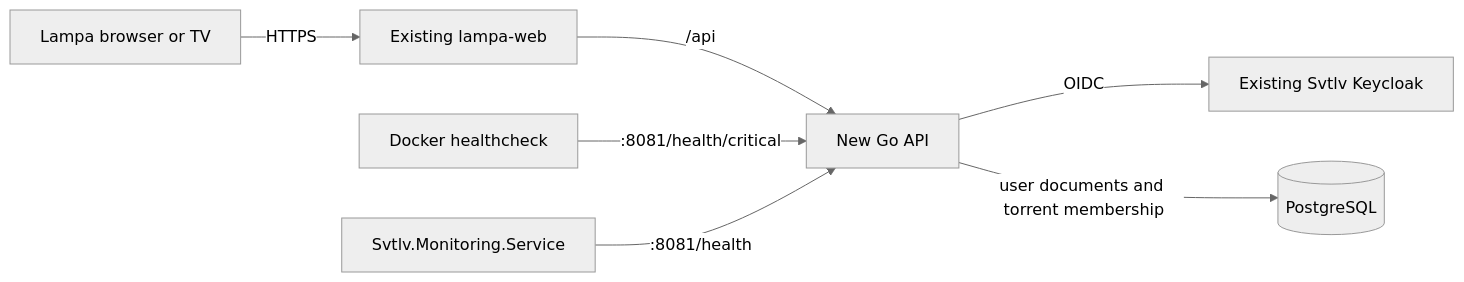
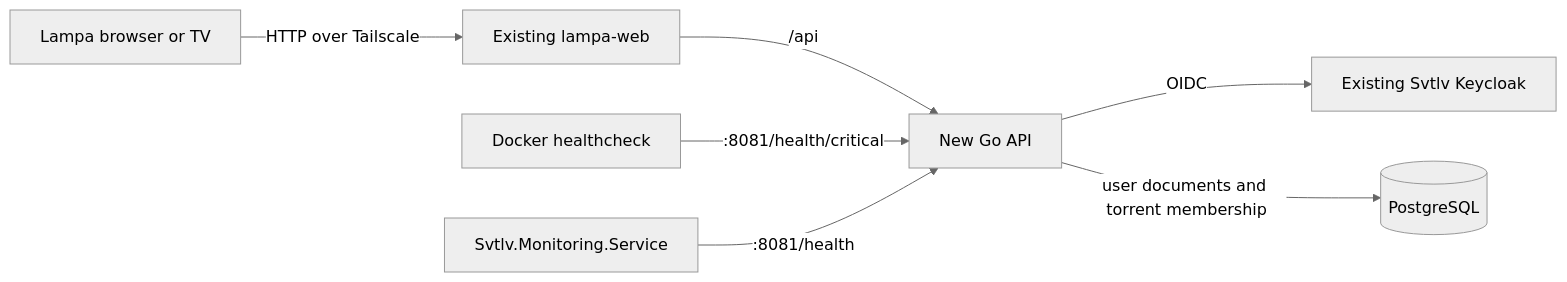
Before and after one commit to SvetlovA/lampa: the diagram in docs/settings-sync-backend-design.md, drawn with Mermaid (neutral theme). The commit also changed other lines of this file and 96 other files, not shown here.

````diff
--- a/docs/settings-sync-backend-design.md
+++ b/docs/settings-sync-backend-design.md
@@ -56,9 +56,9 @@
 ```mermaid
 flowchart LR
-    L[Lampa browser or TV] -->|HTTPS| W[Existing lampa-web]
+    L[Lampa browser or TV] -->|HTTP over Tailscale| W[Existing lampa-web]
     W -->|/api| A[New Go API]
     A -->|OIDC| K[Existing Svtlv Keycloak]
     A -->|user documents and torrent membership| P[(PostgreSQL)]
     D[Docker healthcheck] -->|:8081/health/critical| A
     M[Svtlv.Monitoring.Service] -->|:8081/health| A
 ```
````
